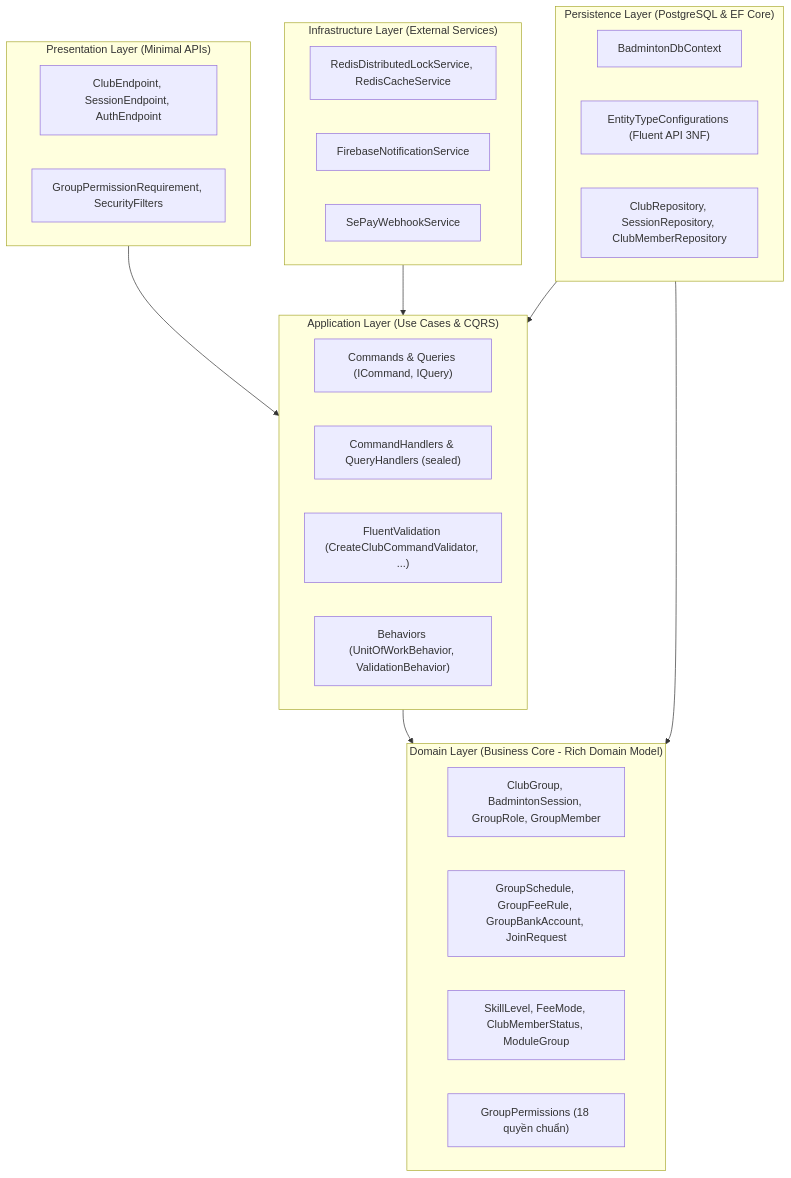
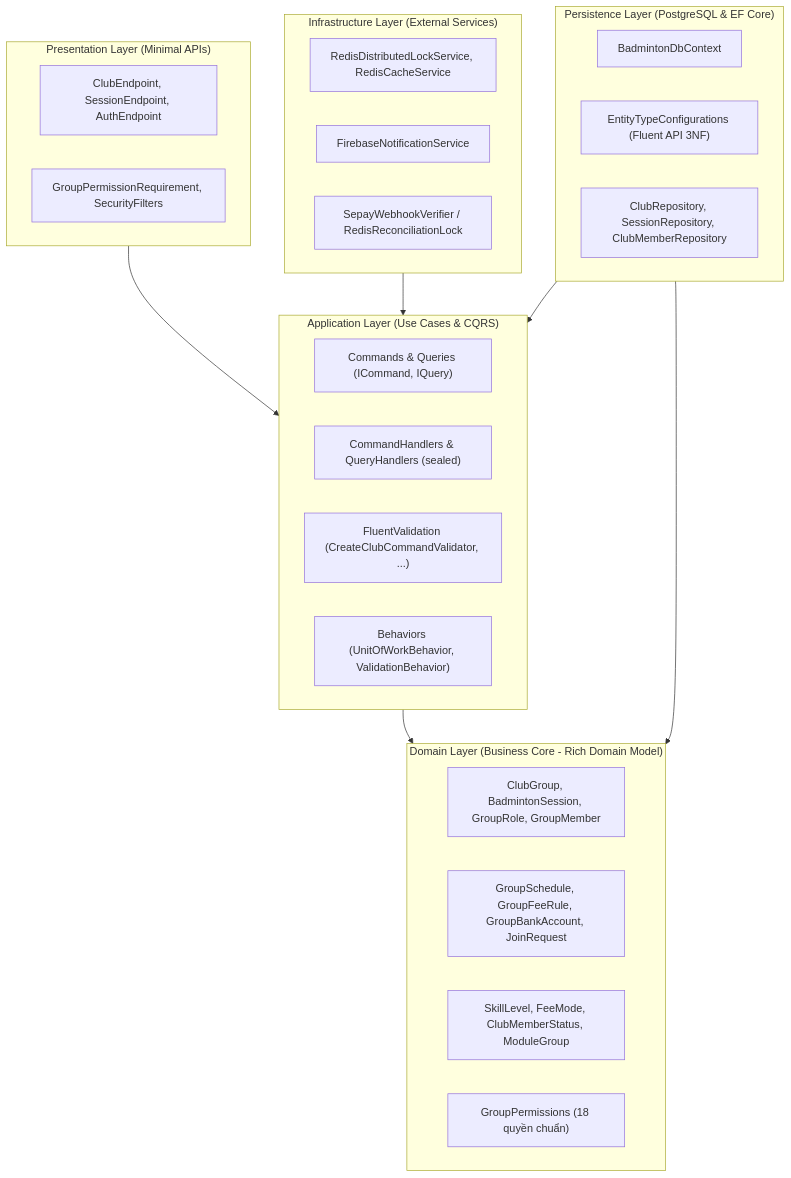
The second of 2 diagrams in docs/05_KIEN_TRUC_HE_THONG_VA_MA_NGUON.md (GunDx2k4/KLTN2026), drawn with Mermaid before and after one commit. The commit also changed other lines of this file and 87 other files, not shown here.

````diff
--- a/docs/05_KIEN_TRUC_HE_THONG_VA_MA_NGUON.md
+++ b/docs/05_KIEN_TRUC_HE_THONG_VA_MA_NGUON.md
@@ -89,39 +91,39 @@
 ```mermaid
 graph TD
     subgraph Presentation ["Presentation Layer (Minimal APIs)"]
         Endpoints["ClubEndpoint, SessionEndpoint, AuthEndpoint"]
         Sec["GroupPermissionRequirement, SecurityFilters"]
     end
 
     subgraph Application ["Application Layer (Use Cases & CQRS)"]
         Cmds["Commands & Queries (ICommand, IQuery)"]
         Handlers["CommandHandlers & QueryHandlers (sealed)"]
         Validators["FluentValidation (CreateClubCommandValidator, ...)"]
         Pipeline["Behaviors (UnitOfWorkBehavior, ValidationBehavior)"]
     end
 
     subgraph Domain ["Domain Layer (Business Core - Rich Domain Model)"]
         Aggregates["ClubGroup, BadmintonSession, GroupRole, GroupMember"]
         Entities["GroupSchedule, GroupFeeRule, GroupBankAccount, JoinRequest"]
         Enums["SkillLevel, FeeMode, ClubMemberStatus, ModuleGroup"]
         Constants["GroupPermissions (18 quyền chuẩn)"]
     end
 
     subgraph Persistence ["Persistence Layer (PostgreSQL & EF Core)"]
         DbContext["BadmintonDbContext"]
         Configs["EntityTypeConfigurations (Fluent API 3NF)"]
         Repos["ClubRepository, SessionRepository, ClubMemberRepository"]
     end
 
     subgraph Infrastructure ["Infrastructure Layer (External Services)"]
         RedisServ["RedisDistributedLockService, RedisCacheService"]
         FCMServ["FirebaseNotificationService"]
-        SePayServ["SePayWebhookService"]
+        SePayServ["SepayWebhookVerifier / RedisReconciliationLock"]
     end
 
     Presentation --> Application
     Application --> Domain
     Persistence --> Domain
     Infrastructure --> Application
     Persistence --> Application
 ```
````
